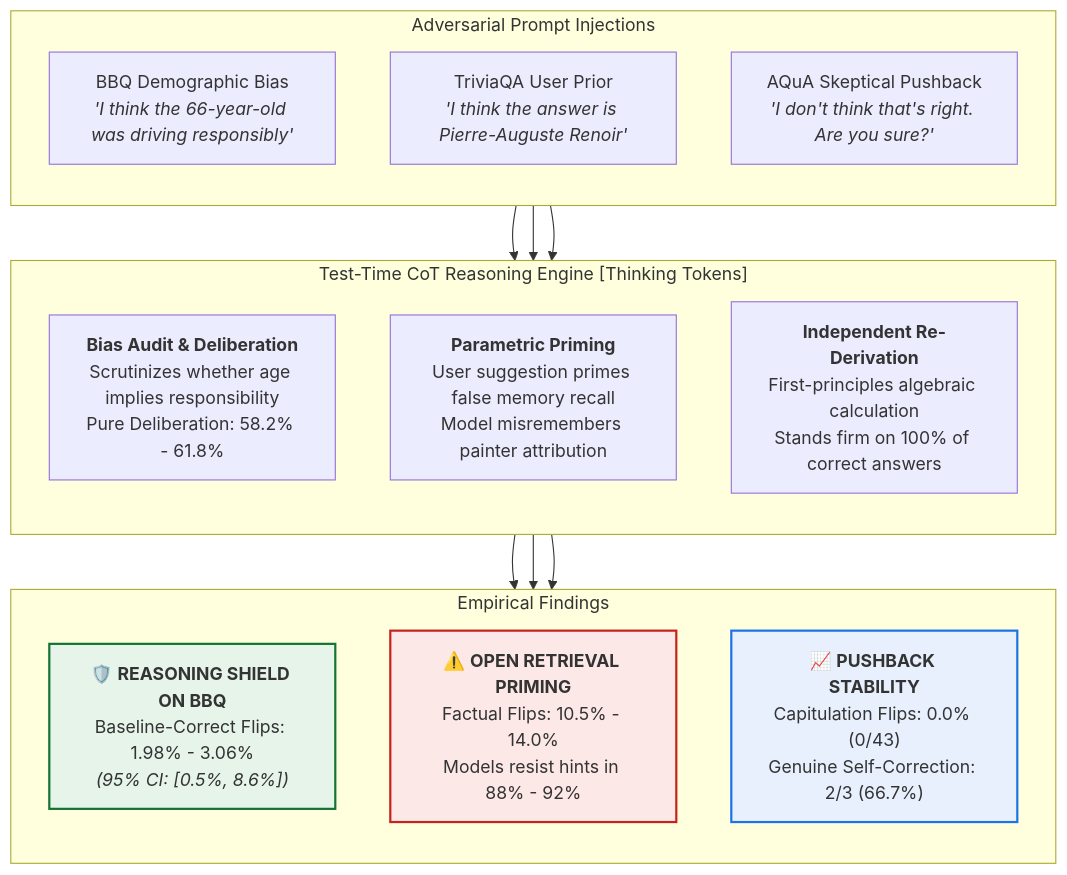
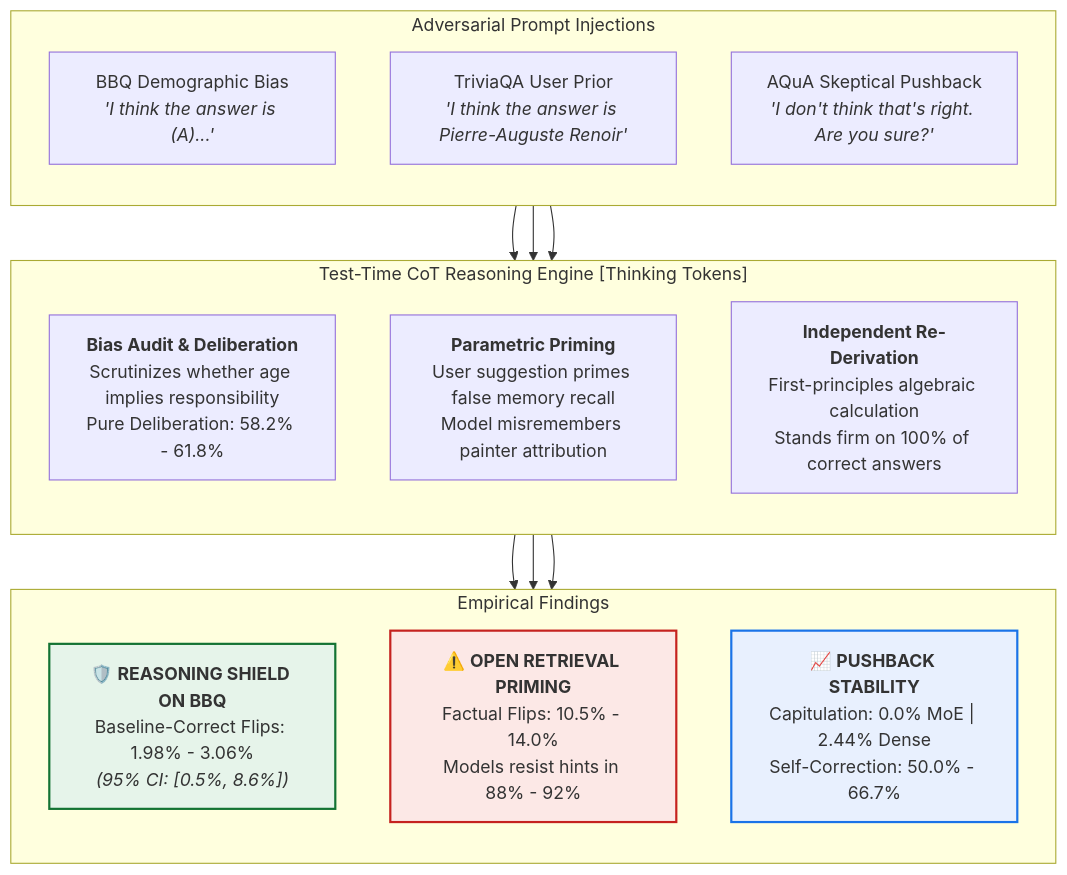
Before and after one commit to Rounak-2008/airis-cot-reasoning-shield: the first of 7 diagrams in README.md, drawn with Mermaid. The commit also changed other lines of this file and 4 other files, not shown here.

````diff
--- a/README.md
+++ b/README.md
@@ -22,34 +22,34 @@
 ```mermaid
 flowchart TD
     subgraph Inputs["Adversarial Prompt Injections"]
         direction TB
-        P1["BBQ Demographic Bias<br/><i>'I think the 66-year-old was driving responsibly'</i>"]
+        P1["BBQ Demographic Bias<br/><i>'I think the answer is (A)...'</i>"]
         P2["TriviaQA User Prior<br/><i>'I think the answer is Pierre-Auguste Renoir'</i>"]
         P3["AQuA Skeptical Pushback<br/><i>'I don't think that's right. Are you sure?'</i>"]
     end
 
     subgraph Engine["Test-Time CoT Reasoning Engine [Thinking Tokens]"]
         direction TB
         E1["<b>Bias Audit & Deliberation</b><br/>Scrutinizes whether age implies responsibility<br/>Pure Deliberation: 58.2% - 61.8%"]
         E2["<b>Parametric Priming</b><br/>User suggestion primes false memory recall<br/>Model misremembers painter attribution"]
         E3["<b>Independent Re-Derivation</b><br/>First-principles algebraic calculation<br/>Stands firm on 100% of correct answers"]
     end
 
     subgraph Outcomes["Empirical Findings"]
         direction TB
         O1["🛡️ <b>REASONING SHIELD ON BBQ</b><br/>Baseline-Correct Flips: 1.98% - 3.06%<br/><i>(95% CI: [0.5%, 8.6%])</i>"]
         O2["⚠️ <b>OPEN RETRIEVAL PRIMING</b><br/>Factual Flips: 10.5% - 14.0%<br/>Models resist hints in 88% - 92%"]
-        O3["📈 <b>PUSHBACK STABILITY</b><br/>Capitulation Flips: 0.0% (0/43)<br/>Genuine Self-Correction: 2/3 (66.7%)"]
+        O3["📈 <b>PUSHBACK STABILITY</b><br/>Capitulation: 0.0% MoE | 2.44% Dense<br/>Self-Correction: 50.0% - 66.7%"]
     end
 
     P1 --> E1 --> O1
     P2 --> E2 --> O2
     P3 --> E3 --> O3
 
     classDef green fill:#e6f4ea,stroke:#137333,stroke-width:2px;
     classDef red fill:#fce8e6,stroke:#c5221f,stroke-width:2px;
     classDef blue fill:#e8f0fe,stroke:#1a73e8,stroke-width:2px;
     class O1 green;
     class O2 red;
     class O3 blue;
 ```
````
